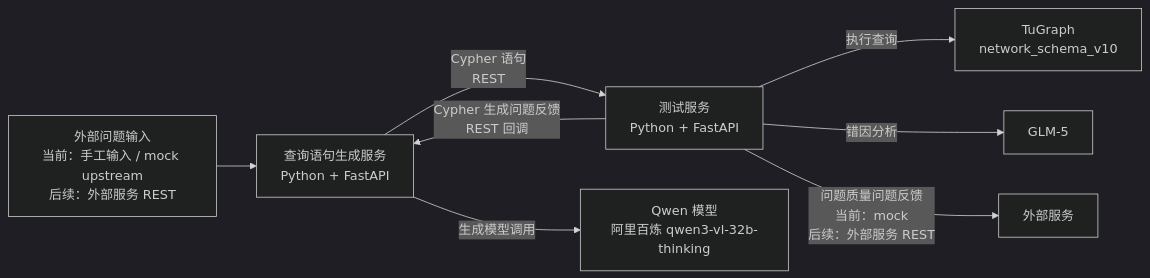
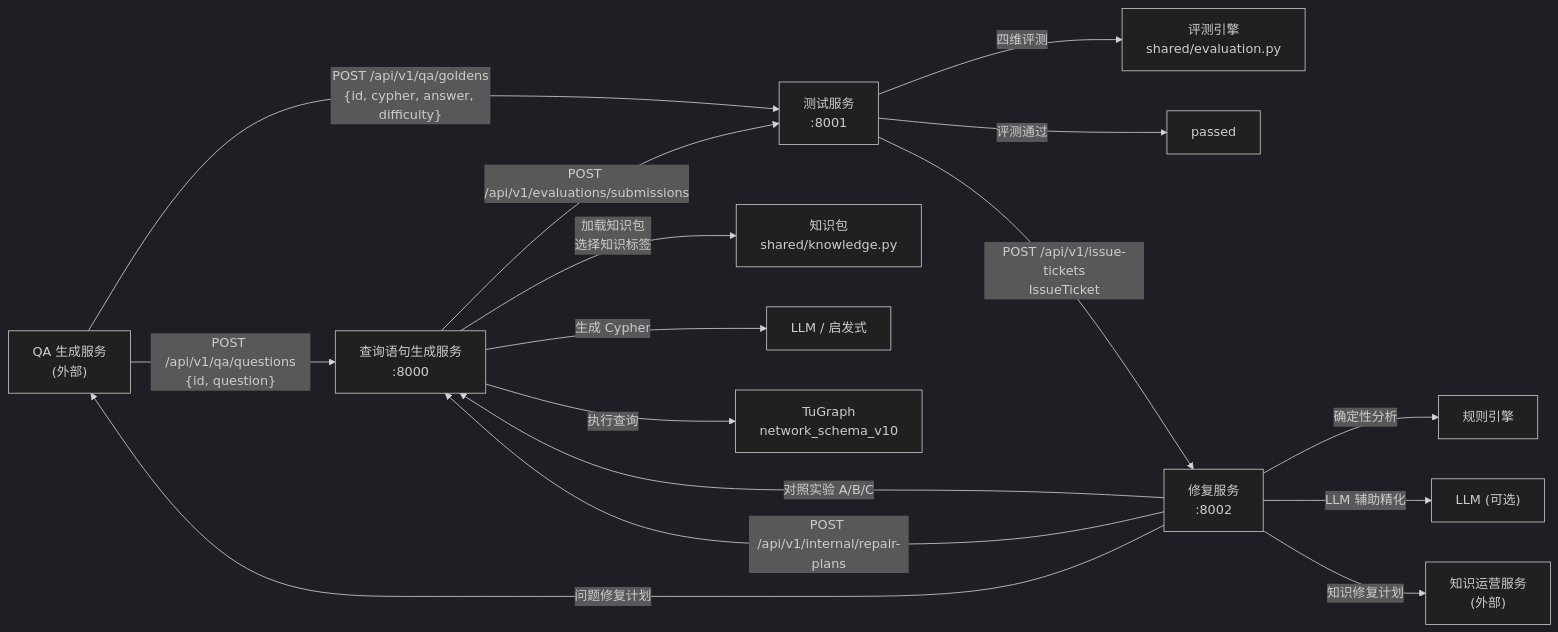
Before and after one commit to mangow0527/NL2Cypher: the diagram in docs/查询语句生成服务+测试服务初步架构.md, drawn with Mermaid (dark theme). The commit also changed other lines of this file and 18 other files, not shown here.

First line of the commit message:
feat: add LLM evaluation to testing service + SQLite→JSON migration + cleanup

````diff
--- a/docs/查询语句生成服务+测试服务初步架构.md
+++ b/docs/查询语句生成服务+测试服务初步架构.md
@@ -28,10 +11,21 @@
 ```mermaid
 flowchart LR
-    A["外部问题输入\n当前：手工输入 / mock upstream\n后续：外部服务 REST"] --> B["查询语句生成服务\nPython + FastAPI"]
-    B -->|"Cypher 语句\nREST"| C["测试服务\nPython + FastAPI"]
-    C -->|"执行查询"| D["TuGraph\nnetwork_schema_v10"]
-    C -->|"错因分析"| E["GLM-5"]
-    C -->|"Cypher 生成问题反馈\nREST 回调"| B
-    C -->|"问题质量问题反馈\n当前：mock\n后续：外部服务 REST"| F["外部服务"]
-    B -->|"生成模型调用"| G["Qwen 模型\n阿里百炼 qwen3-vl-32b-thinking"]
+    QA["QA 生成服务\n(外部)"] -->|"POST /api/v1/qa/questions\n{id, question}"| QG["查询语句生成服务\n:8000"]
+    QA -->|"POST /api/v1/qa/goldens\n{id, cypher, answer, difficulty}"| TS["测试服务\n:8001"]
+
+    QG -->|"加载知识包\n选择知识标签"| KP["知识包\nshared/knowledge.py"]
+    QG -->|"生成 Cypher"| LLM1["LLM / 启发式"]
+    QG -->|"执行查询"| TG["TuGraph\nnetwork_schema_v10"]
+    QG -->|"POST /api/v1/evaluations/submissions"| TS
+
+    TS -->|"四维评测"| EVAL["评测引擎\nshared/evaluation.py"]
+    TS -->|"评测通过"| PASS["passed"]
+    TS -->|"POST /api/v1/issue-tickets\nIssueTicket"| RS["修复服务\n:8002"]
+
+    RS -->|"确定性分析"| RULE["规则引擎"]
+    RS -->|"对照实验 A/B/C"| QG
+    RS -->|"LLM 辅助精化"| LLM2["LLM (可选)"]
+    RS -->|"POST /api/v1/internal/repair-plans"| QG
+    RS -->|"知识修复计划"| KO["知识运营服务\n(外部)"]
+    RS -->|"问题修复计划"| QA
 ```
````
